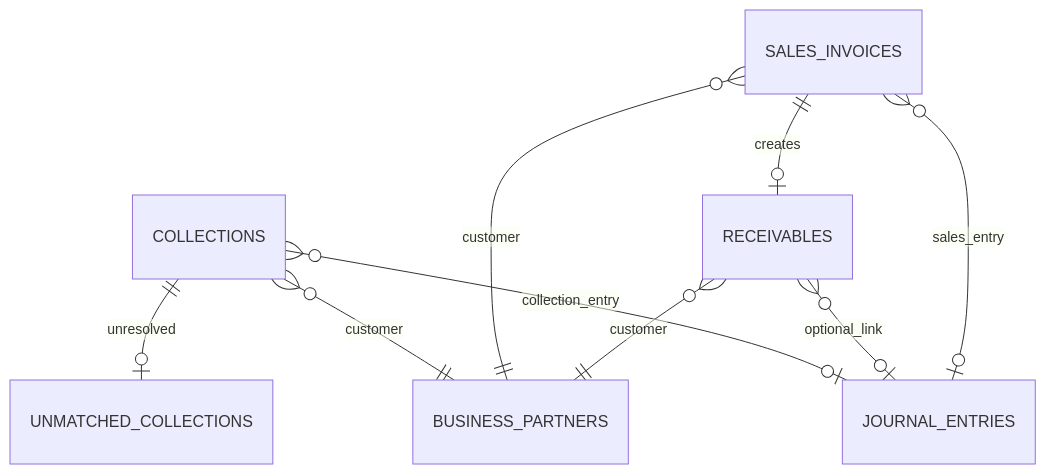
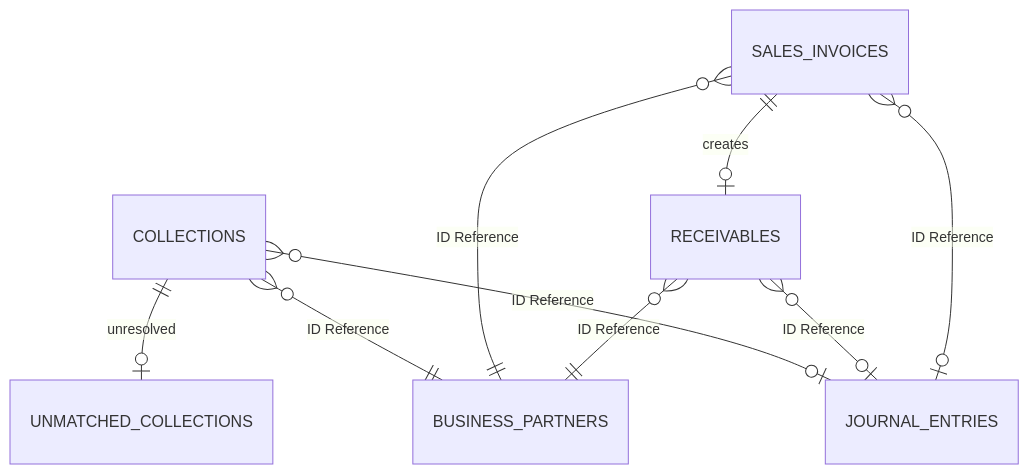
The diagram in receivable/docs/schema.md (skyg547/account), drawn with Mermaid before and after one commit. The commit also changed other lines of this file and 94 other files, not shown here.

````diff
--- a/receivable/docs/schema.md
+++ b/receivable/docs/schema.md
@@ -5,11 +7,11 @@
 ```mermaid
 erDiagram
     SALES_INVOICES ||--o| RECEIVABLES : creates
     COLLECTIONS ||--o| UNMATCHED_COLLECTIONS : unresolved
-    RECEIVABLES }o--|| BUSINESS_PARTNERS : customer
-    SALES_INVOICES }o--|| BUSINESS_PARTNERS : customer
-    COLLECTIONS }o--|| BUSINESS_PARTNERS : customer
-    SALES_INVOICES }o--o| JOURNAL_ENTRIES : sales_entry
-    RECEIVABLES }o--o| JOURNAL_ENTRIES : optional_link
-    COLLECTIONS }o--o| JOURNAL_ENTRIES : collection_entry
+    RECEIVABLES }o--|| BUSINESS_PARTNERS : "ID Reference"
+    SALES_INVOICES }o--|| BUSINESS_PARTNERS : "ID Reference"
+    COLLECTIONS }o--|| BUSINESS_PARTNERS : "ID Reference"
+    SALES_INVOICES }o--o| JOURNAL_ENTRIES : "ID Reference"
+    RECEIVABLES }o--o| JOURNAL_ENTRIES : "ID Reference"
+    COLLECTIONS }o--o| JOURNAL_ENTRIES : "ID Reference"
 ```
````
